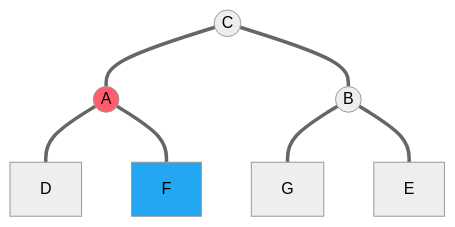
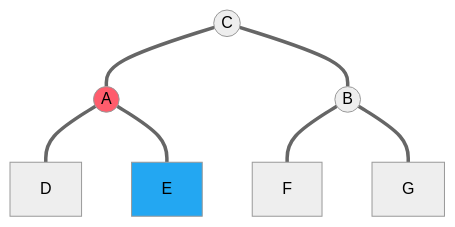
One commit to WintermelonC/WintermelonC_Docs changed diagram 13 of 25 in docs/zju/compulsory_courses/ADS/ch1.md. Above: the diagram before and after it, drawn with Mermaid (neutral theme). The commit also changed other lines of this file and 11 other files, not shown here.

````diff
--- a/docs/zju/compulsory_courses/ADS/ch1.md
+++ b/docs/zju/compulsory_courses/ADS/ch1.md
@@ -280,18 +280,18 @@
     ```mermaid
     graph TD;
     D[D]
     A((A))
     C((C))
     B((B))
     E[E]
     F[F]
     G[G]
     C === A
     C === B
+    B === F
     B === G
-    B === E
     A === D
-    A === F
+    A === E
     style A fill: #ff5c6c
-    style F fill: #23a7f2
+    style E fill: #23a7f2
     ```
````
